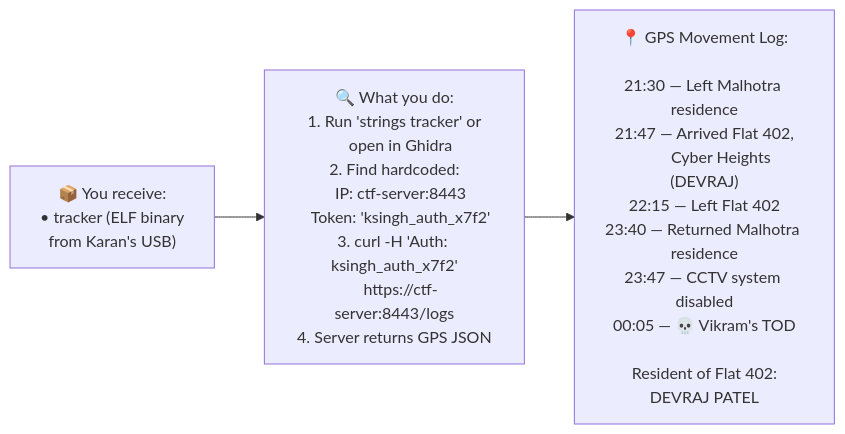
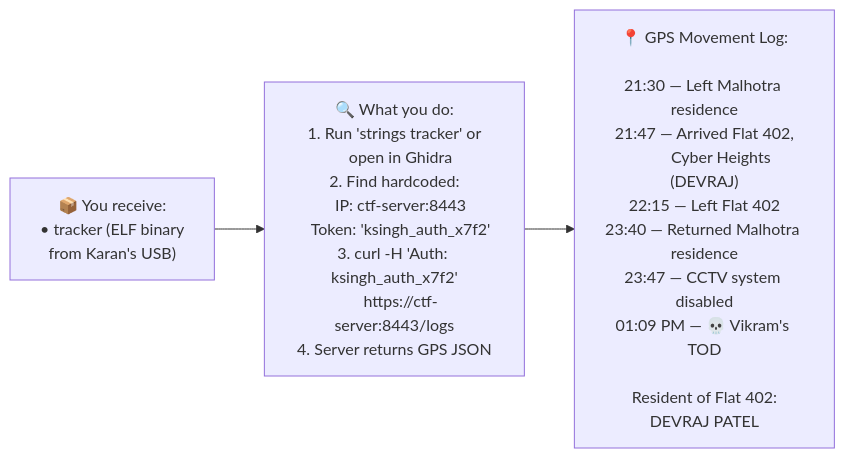
One commit to vishwajeetpawar123/ctf_dex changed diagram 16 of 24 in ctf_challenge_round_2.md. Above: the diagram before and after it, drawn with Mermaid. The commit also changed other lines of this file and 8 other files, not shown here.

````diff
--- a/ctf_challenge_round_2.md
+++ b/ctf_challenge_round_2.md
@@ -262,5 +262,5 @@
 ```mermaid
 flowchart LR
     A["📦 You receive:\n• tracker (ELF binary\n  from Karan's USB)"] --> B["🔍 What you do:\n1. Run 'strings tracker' or\n   open in Ghidra\n2. Find hardcoded:\n   IP: ctf-server:8443\n   Token: 'ksingh_auth_x7f2'\n3. curl -H 'Auth: ksingh_auth_x7f2'\n   https://ctf-server:8443/logs\n4. Server returns GPS JSON"]
-    B --> C["📍 GPS Movement Log:\n\n21:30 — Left Malhotra residence\n21:47 — Arrived Flat 402,\n         Cyber Heights (DEVRAJ)\n22:15 — Left Flat 402\n23:40 — Returned Malhotra residence\n23:47 — CCTV system disabled\n00:05 — 💀 Vikram's TOD\n\nResident of Flat 402:\nDEVRAJ PATEL"]
+    B --> C["📍 GPS Movement Log:\n\n21:30 — Left Malhotra residence\n21:47 — Arrived Flat 402,\n         Cyber Heights (DEVRAJ)\n22:15 — Left Flat 402\n23:40 — Returned Malhotra residence\n23:47 — CCTV system disabled\n01:09 PM — 💀 Vikram's TOD\n\nResident of Flat 402:\nDEVRAJ PATEL"]
 ```
````
